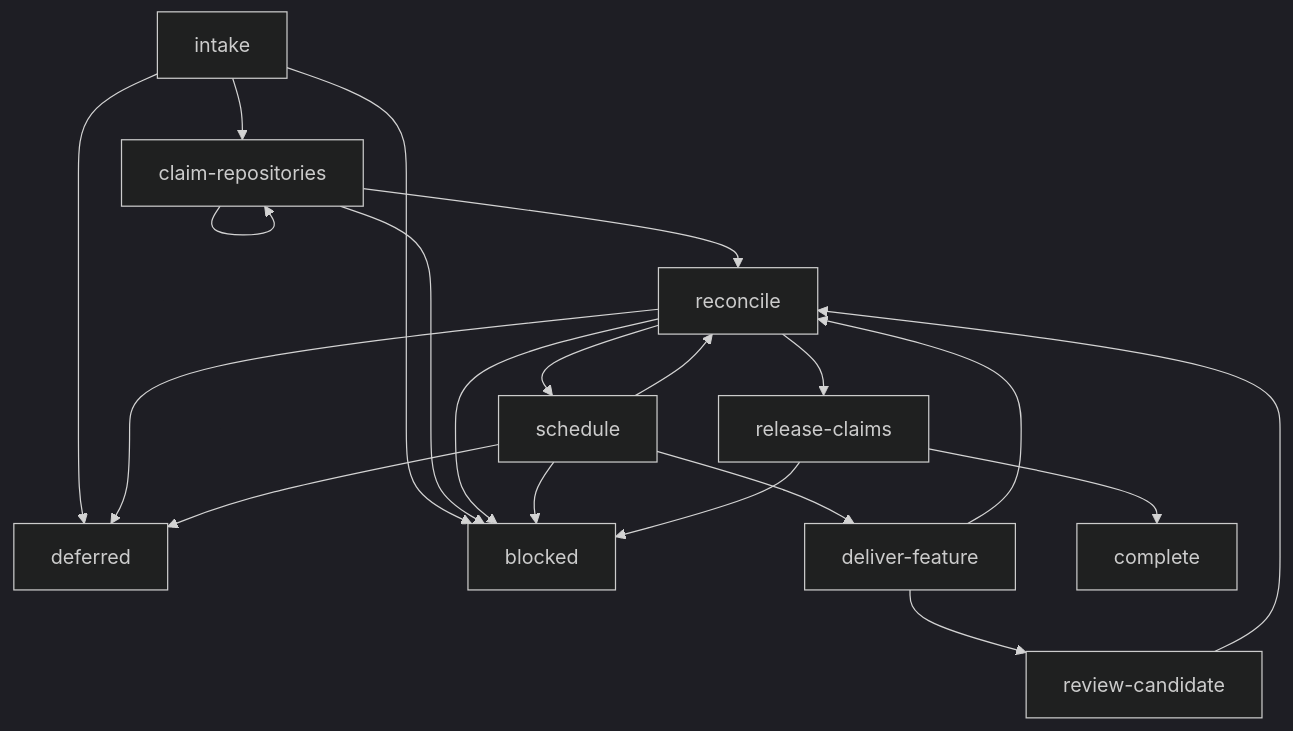
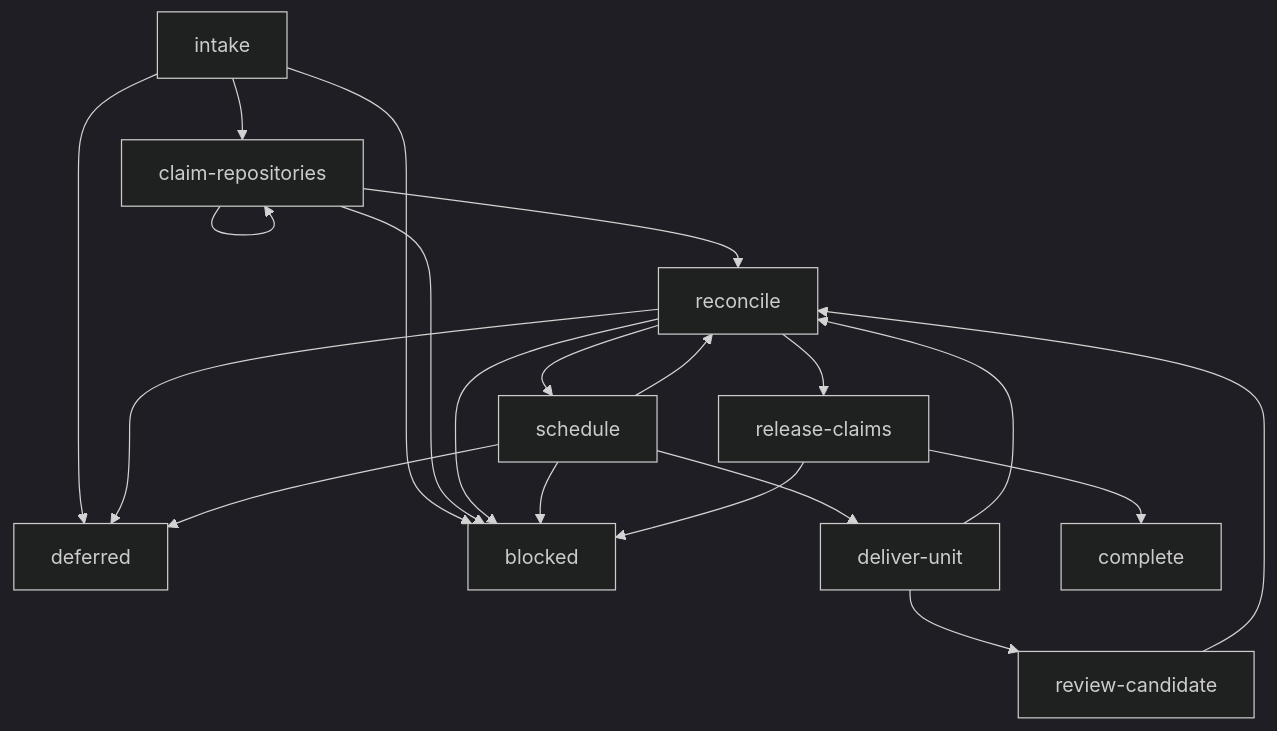
One commit to alemar11/skills changed the diagram in plugins/se/skills/deliver-features/SKILL.md. Above: the diagram before and after it, drawn with Mermaid (dark theme). The commit also changed other lines of this file and 69 other files, not shown here.

```diff
--- a/plugins/se/skills/deliver-features/SKILL.md
+++ b/plugins/se/skills/deliver-features/SKILL.md
@@ -65,22 +70,22 @@
 ~~~mermaid
 flowchart TD
     intake --> claim-repositories
     intake --> deferred
     intake --> blocked
     claim-repositories --> claim-repositories
     claim-repositories --> reconcile
     claim-repositories --> blocked
     reconcile --> schedule
     reconcile --> release-claims
     reconcile --> deferred
     reconcile --> blocked
-    schedule --> deliver-feature
+    schedule --> deliver-unit
     schedule --> reconcile
     schedule --> deferred
     schedule --> blocked
-    deliver-feature --> review-candidate
-    deliver-feature --> reconcile
+    deliver-unit --> review-candidate
+    deliver-unit --> reconcile
     review-candidate --> reconcile
     release-claims --> complete
     release-claims --> blocked
 ~~~
```
